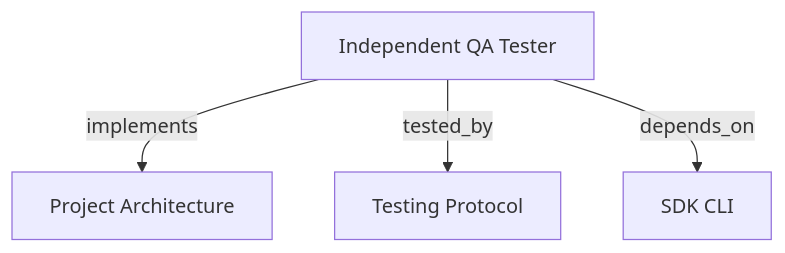
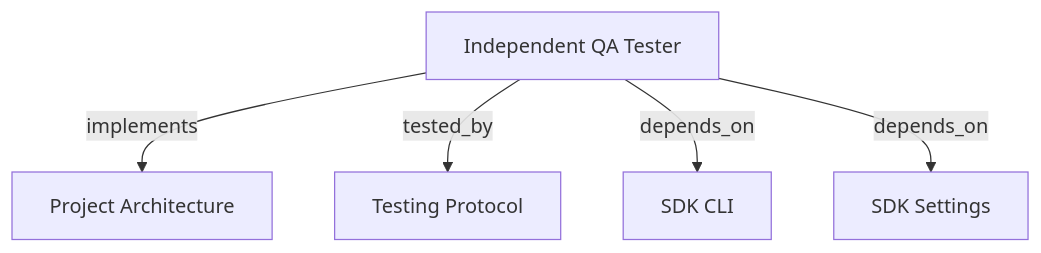
The diagram in sdk/docs/feature/QA_TESTER.md (romabeckman/harness-kit), drawn with Mermaid before and after one commit. The commit also changed other lines of this file and 22 other files, not shown here.

````diff
--- a/sdk/docs/feature/QA_TESTER.md
+++ b/sdk/docs/feature/QA_TESTER.md
@@ -89,6 +96,7 @@
 ```mermaid
 graph TD
     QA["Independent QA Tester"] -->|implements| ARCH["Project Architecture"]
     QA -->|tested_by| TESTS["Testing Protocol"]
     QA -->|depends_on| CLI["SDK CLI"]
+    QA -->|depends_on| SETTINGS["SDK Settings"]
 ```
````
